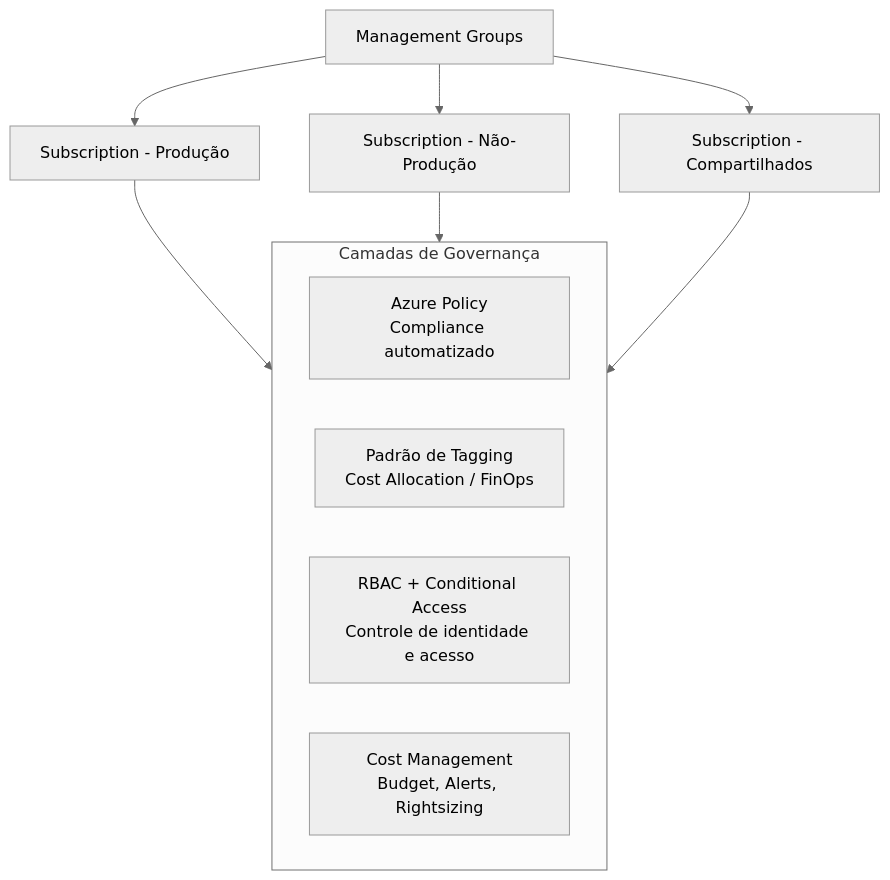
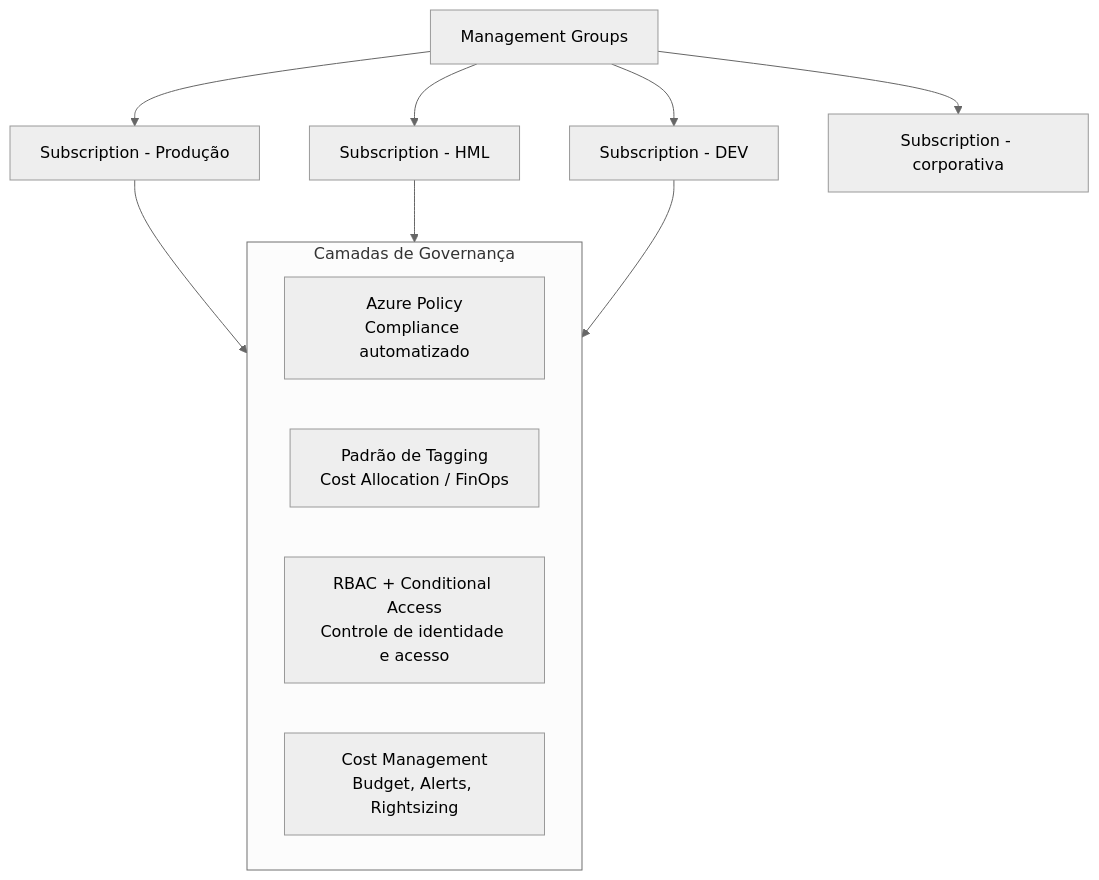
One commit to drlima85/ENTERPRISE-CLOUD-CASE-STUDIES changed the diagram in case-study-azure-governance-model.md. Above: the diagram before and after it, drawn with Mermaid (neutral theme). The commit also changed other lines of this file, not shown here.

````diff
--- a/case-study-azure-governance-model.md
+++ b/case-study-azure-governance-model.md
@@ -13,18 +13,19 @@
 ```mermaid
 flowchart TD
     MG[Management Groups]
     MG --> SUB1[Subscription - Produção]
-    MG --> SUB2[Subscription - Não-Produção]
-    MG --> SUB3[Subscription - Compartilhados]
+    MG --> SUB2[Subscription - HML]
+    MG --> SUB3[Subscription - DEV]
+    MG --> SUB4[Subscription - corporativa]
 
     subgraph Governanca["Camadas de Governança"]
         POL[Azure Policy<br/>Compliance automatizado]
         TAG[Padrão de Tagging<br/>Cost Allocation / FinOps]
         RBAC[RBAC + Conditional Access<br/>Controle de identidade e acesso]
         COST[Cost Management<br/>Budget, Alerts, Rightsizing]
     end
 
     SUB1 --> Governanca
     SUB2 --> Governanca
     SUB3 --> Governanca
 ```
````
